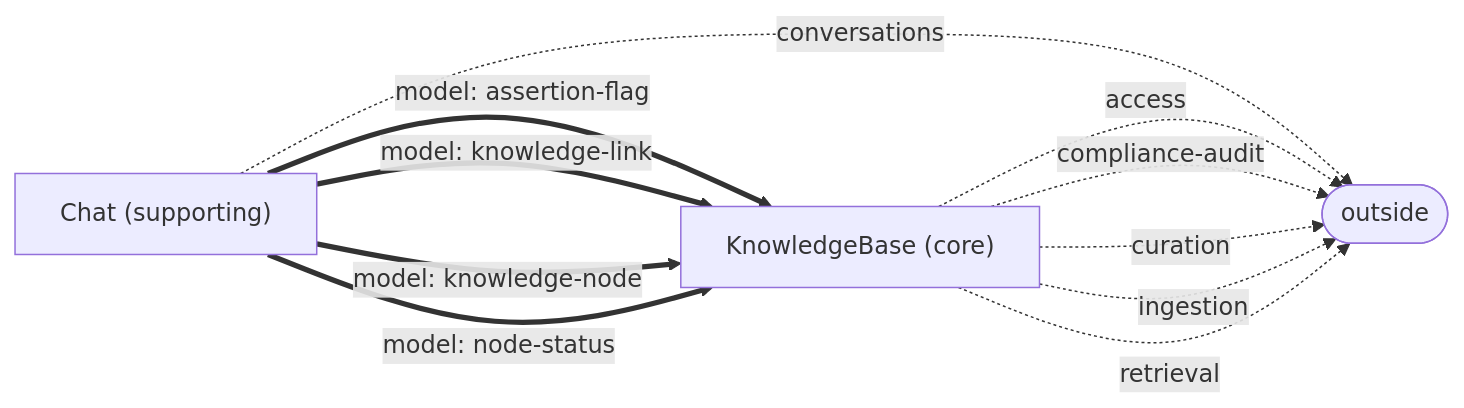
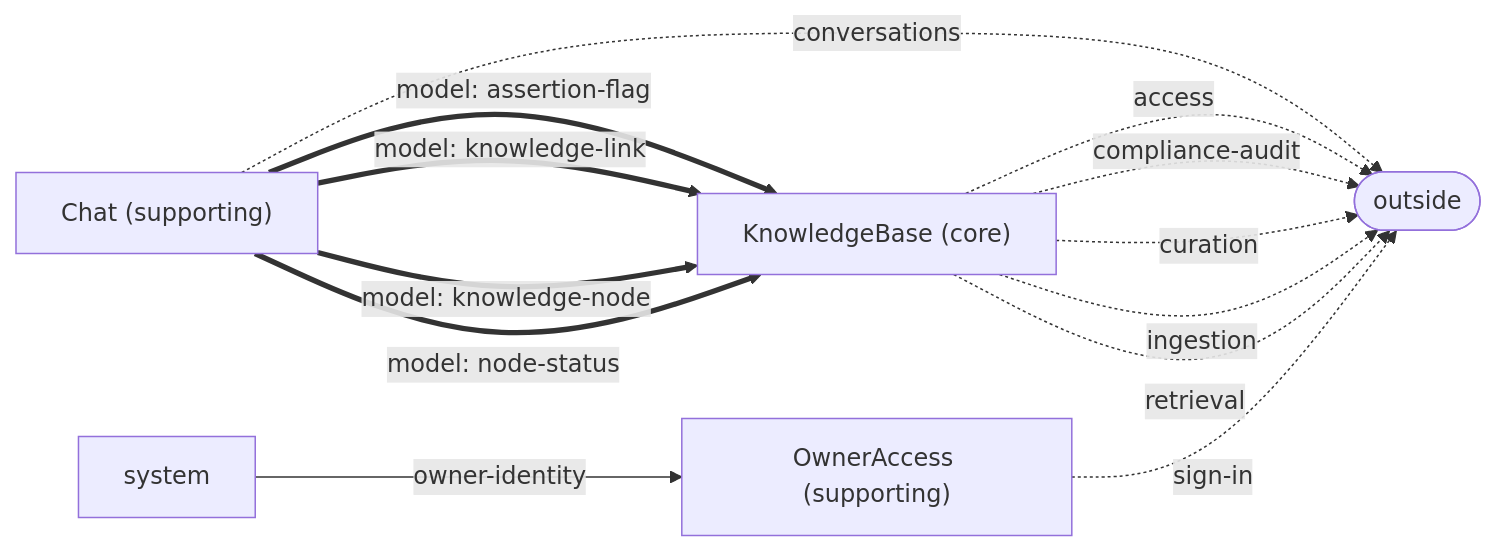
The diagram in specification/projections/context-map.mmd (zig999/remember), drawn with Mermaid before and after one commit. The commit also changed 37 other files, not shown here.

First line of the commit message:
analyse(adopt-fe-auth): owner-access context, 57 fact lines landed (51 in nodes, 6 outside)

```diff
--- a/specification/projections/context-map.mmd
+++ b/specification/projections/context-map.mmd
@@ -1,14 +1,19 @@
 flowchart LR
     chat["Chat (supporting)"]
     knowledge_base["KnowledgeBase (core)"]
+    owner_access["OwnerAccess (supporting)"]
+    system -->|owner-identity| owner_access
     chat ==>|model: assertion-flag| knowledge_base
     chat ==>|model: knowledge-link| knowledge_base
     chat ==>|model: knowledge-node| knowledge_base
     chat ==>|model: node-status| knowledge_base
     outside(["outside"])
     chat -.->|conversations| outside
     knowledge_base -.->|access| outside
     knowledge_base -.->|compliance-audit| outside
     knowledge_base -.->|curation| outside
     knowledge_base -.->|ingestion| outside
     knowledge_base -.->|retrieval| outside
+    owner_access -.->|sign-in| outside
+    %% separate ways: chat and owner-access share no contract and no model
+    %% separate ways: knowledge-base and owner-access share no contract and no model
```
